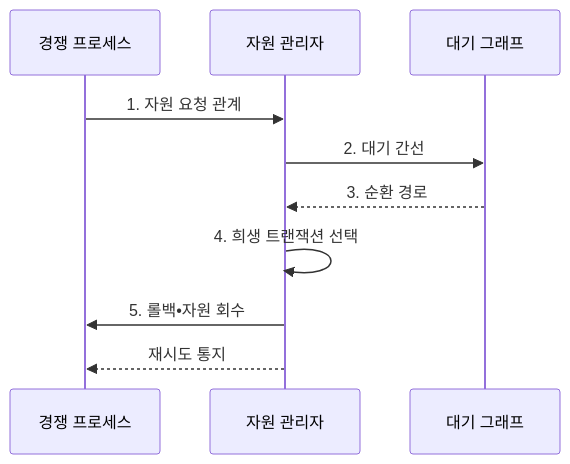
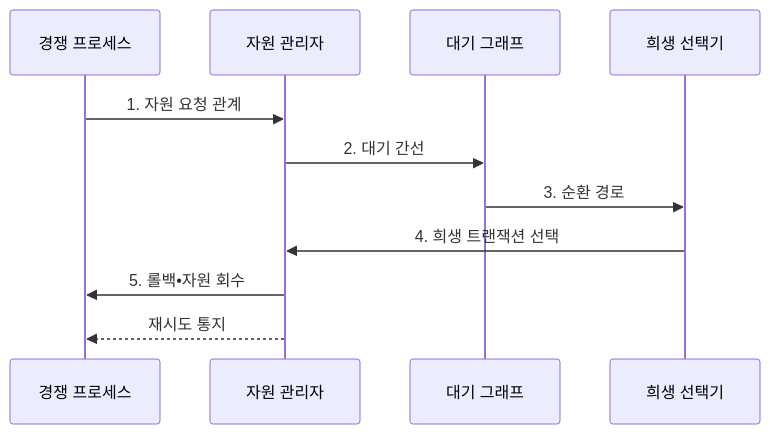
One commit to agnusdei1207/knowledge-base changed the second of 2 diagrams in src/content/docs/notes/03-software/009_deadlock.md. Above: the diagram before and after it, drawn with Mermaid. The commit also changed other lines of this file and 12 other files, not shown here.

````diff
--- a/src/content/docs/notes/03-software/009_deadlock.md
+++ b/src/content/docs/notes/03-software/009_deadlock.md
@@ -103,12 +103,13 @@
 ```mermaid
 sequenceDiagram
     participant P as 경쟁 프로세스
     participant R as 자원 관리자
     participant G as 대기 그래프
+    participant V as 희생 선택기
     P->>R: 1. 자원 요청 관계
     R->>G: 2. 대기 간선
-    G-->>R: 3. 순환 경로
-    R->>R: 4. 희생 트랜잭션 선택
+    G->>V: 3. 순환 경로
+    V->>R: 4. 희생 트랜잭션 선택
     R->>P: 5. 롤백•자원 회수
     R-->>P: 재시도 통지
 ```
````
